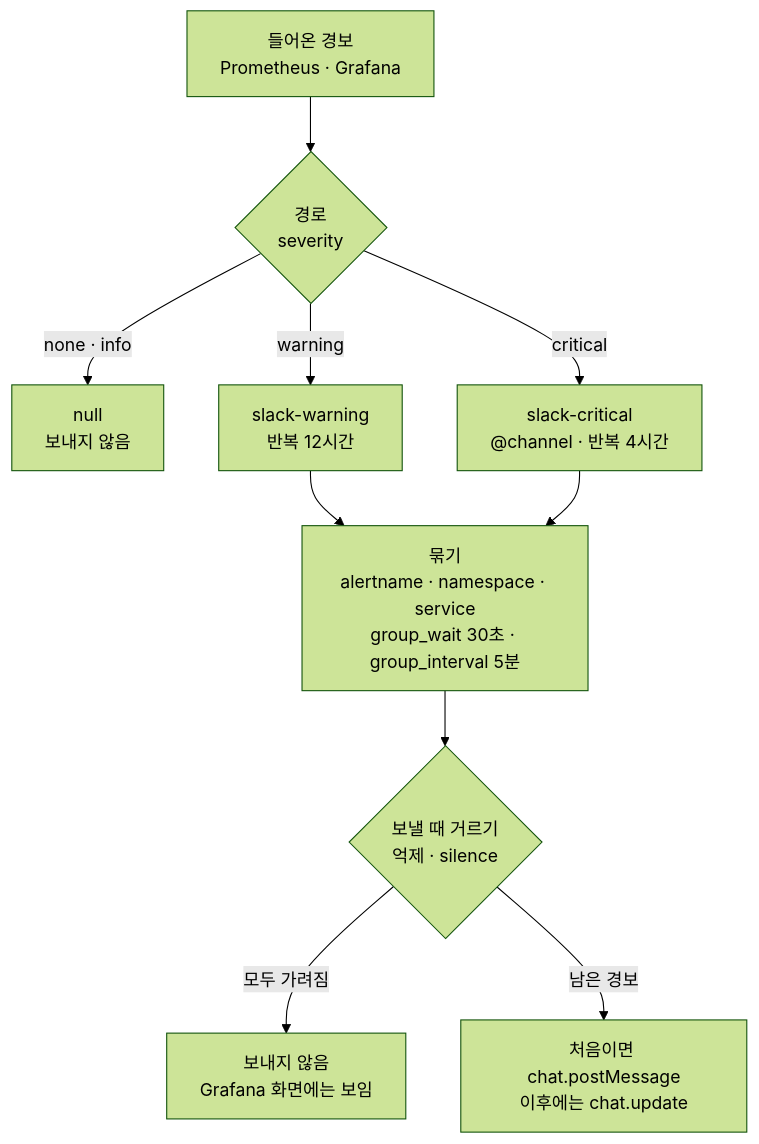
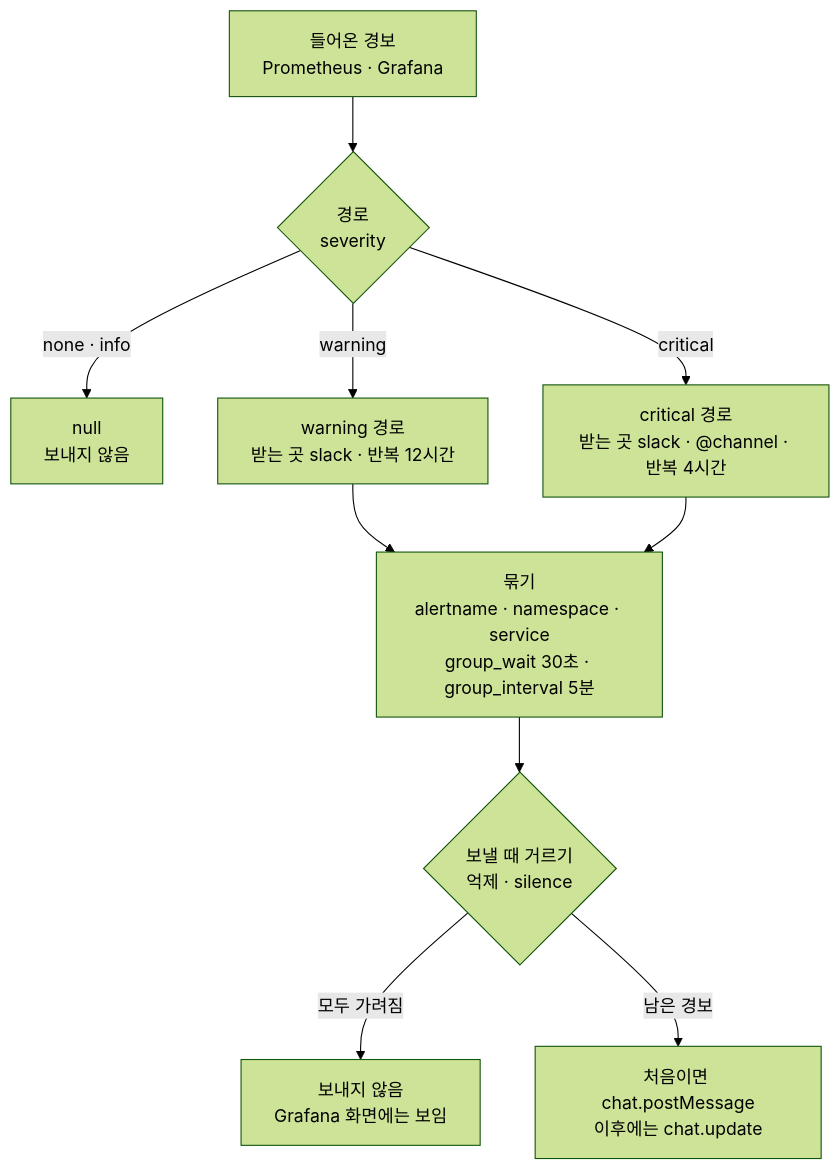
The sixth of 10 diagrams in ALERTING_ARCHITECTURE.md (soma-lorekeeper/docs), drawn with Mermaid (forest theme) before and after one commit. The commit also changed other lines of this file and 5 other files, not shown here.

````diff
--- a/ALERTING_ARCHITECTURE.md
+++ b/ALERTING_ARCHITECTURE.md
@@ -220,12 +221,12 @@
 ```mermaid
 flowchart TB
   IN["들어온 경보<br/>Prometheus · Grafana"] --> ROUTE{"경로<br/>severity"}
   ROUTE -->|"none · info"| NULL["null<br/>보내지 않음"]
-  ROUTE -->|warning| W["slack-warning<br/>반복 12시간"]
-  ROUTE -->|critical| C["slack-critical<br/>@channel · 반복 4시간"]
+  ROUTE -->|warning| W["warning 경로<br/>받는 곳 slack · 반복 12시간"]
+  ROUTE -->|critical| C["critical 경로<br/>받는 곳 slack · @channel · 반복 4시간"]
   W --> GRP["묶기<br/>alertname · namespace · service<br/>group_wait 30초 · group_interval 5분"]
   C --> GRP
   GRP --> FILTER{"보낼 때 거르기<br/>억제 · silence"}
   FILTER -->|"모두 가려짐"| QUIET["보내지 않음<br/>Grafana 화면에는 보임"]
   FILTER -->|"남은 경보"| MSG["처음이면 chat.postMessage<br/>이후에는 chat.update"]
 ```
````
